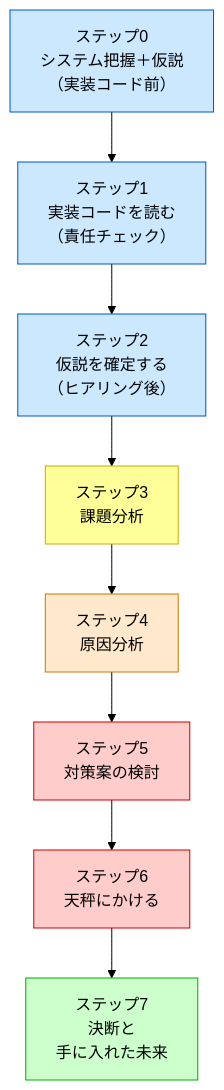
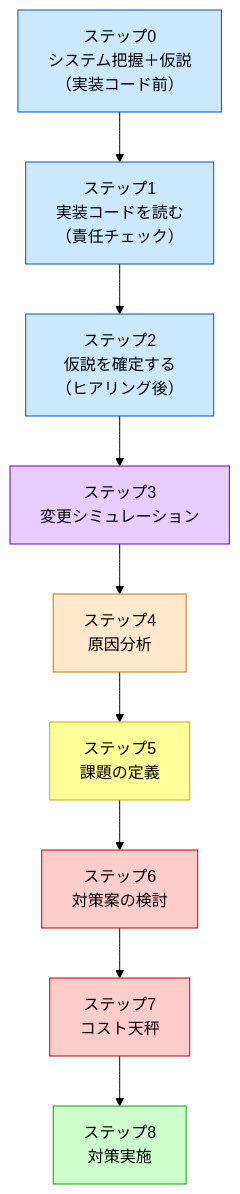
One commit to kumachan1101-pixel/DesignPattern changed the diagram in kindle/design-patterns/output/chapter00_2.md. Above: the diagram before and after it, drawn with Mermaid (forest theme). The commit also changed other lines of this file, not shown here.

````diff
--- a/kindle/design-patterns/output/chapter00_2.md
+++ b/kindle/design-patterns/output/chapter00_2.md
@@ -26,22 +26,24 @@
 ```mermaid
 graph TD
     S0["ステップ0<br>システム把握＋仮説<br>（実装コード前）"]
     S1["ステップ1<br>実装コードを読む<br>（責任チェック）"]
     S2["ステップ2<br>仮説を確定する<br>（ヒアリング後）"]
-    S3["ステップ3<br>課題分析"]
+    S3["ステップ3<br>変更シミュレーション"]
     S4["ステップ4<br>原因分析"]
-    S5["ステップ5<br>対策案の検討"]
-    S6["ステップ6<br>天秤にかける"]
-    S7["ステップ7<br>決断と<br>手に入れた未来"]
+    S5["ステップ5<br>課題の定義"]
+    S6["ステップ6<br>対策案の検討"]
+    S7["ステップ7<br>コスト天秤"]
+    S8["ステップ8<br>対策実施"]
 
-    S0 --> S1 --> S2 --> S3 --> S4 --> S5 --> S6 --> S7
+    S0 --> S1 --> S2 --> S3 --> S4 --> S5 --> S6 --> S7 --> S8
 
     style S0 fill:#cce8ff,stroke:#0055cc
     style S1 fill:#cce8ff,stroke:#0055cc
     style S2 fill:#cce8ff,stroke:#0055cc
-    style S3 fill:#ffff99,stroke:#ccaa00
+    style S3 fill:#e8ccff,stroke:#6600cc
     style S4 fill:#ffe8cc,stroke:#cc7700
-    style S5 fill:#ffcccc,stroke:#cc0000
+    style S5 fill:#ffff99,stroke:#ccaa00
     style S6 fill:#ffcccc,stroke:#cc0000
-    style S7 fill:#ccffcc,stroke:#00aa00
+    style S7 fill:#ffcccc,stroke:#cc0000
+    style S8 fill:#ccffcc,stroke:#00aa00
 ```
````
